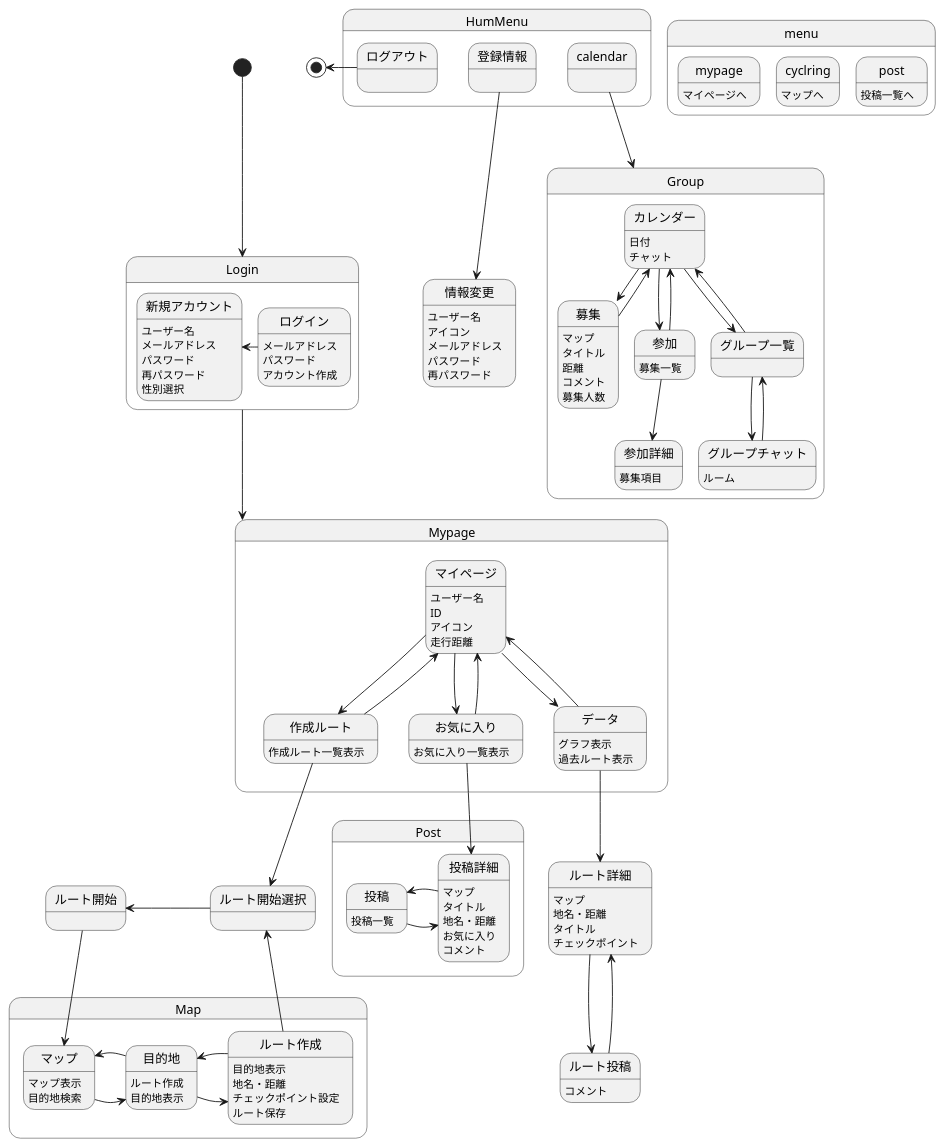
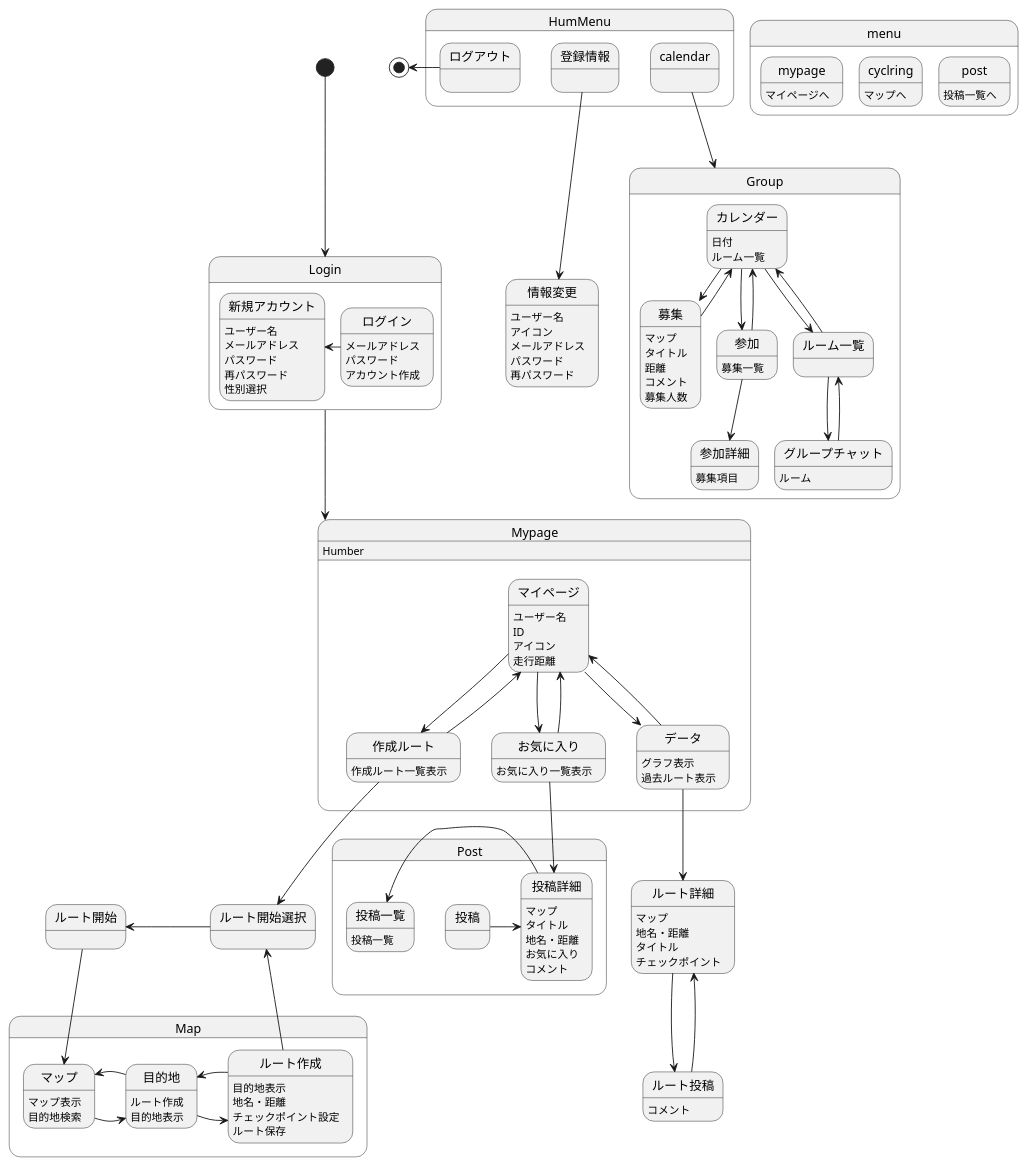
Before and after one commit to AsoSD3A3/CyclingSystem: the diagram in 画面遷移図/gm.md, drawn with PlantUML.

```diff
--- a/画面遷移図/gm.md
+++ b/画面遷移図/gm.md
@@ -24,13 +24,13 @@
 
 state Group{
 カレンダー:日付
-カレンダー:チャット
+カレンダー:ルーム一覧
 カレンダー-->募集
 カレンダー-->参加
-カレンダー-->グループ一覧
-グループ一覧-->カレンダー
-グループ一覧-->グループチャット
-グループチャット-->グループ一覧
+カレンダー-->ルーム一覧
+ルーム一覧-->カレンダー
+ルーム一覧-->グループチャット
+グループチャット-->ルーム一覧
 グループチャット:ルーム
 募集-->カレンダー
 参加-->カレンダー
@@ -60,6 +60,7 @@
 Login-down->Mypage
 
 state Mypage{
+Mypage:Humber
 マイページ:ユーザー名
 マイページ:ID
 マイページ:アイコン
@@ -106,9 +107,9 @@
 ルート開始-down->マップ
 
 state Post{
-投稿:投稿一覧
+投稿一覧:投稿一覧
 投稿-right->投稿詳細
-投稿詳細-left->投稿
+投稿詳細-left->投稿一覧
 投稿詳細:マップ
 投稿詳細:タイトル
 投稿詳細:地名・距離
```
